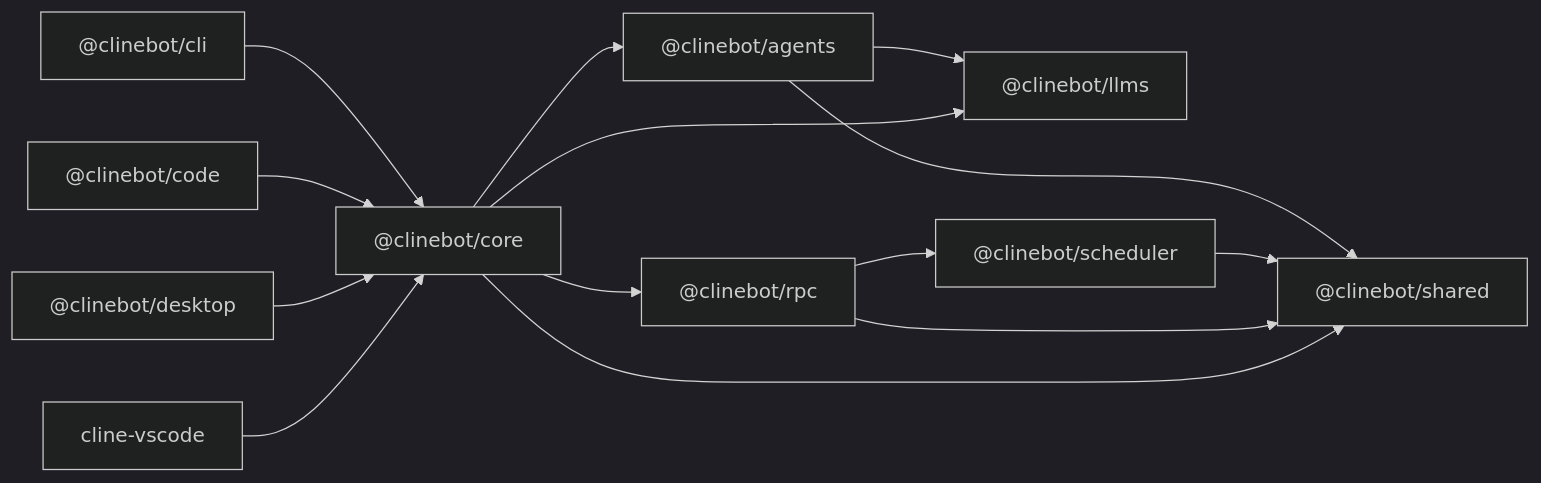
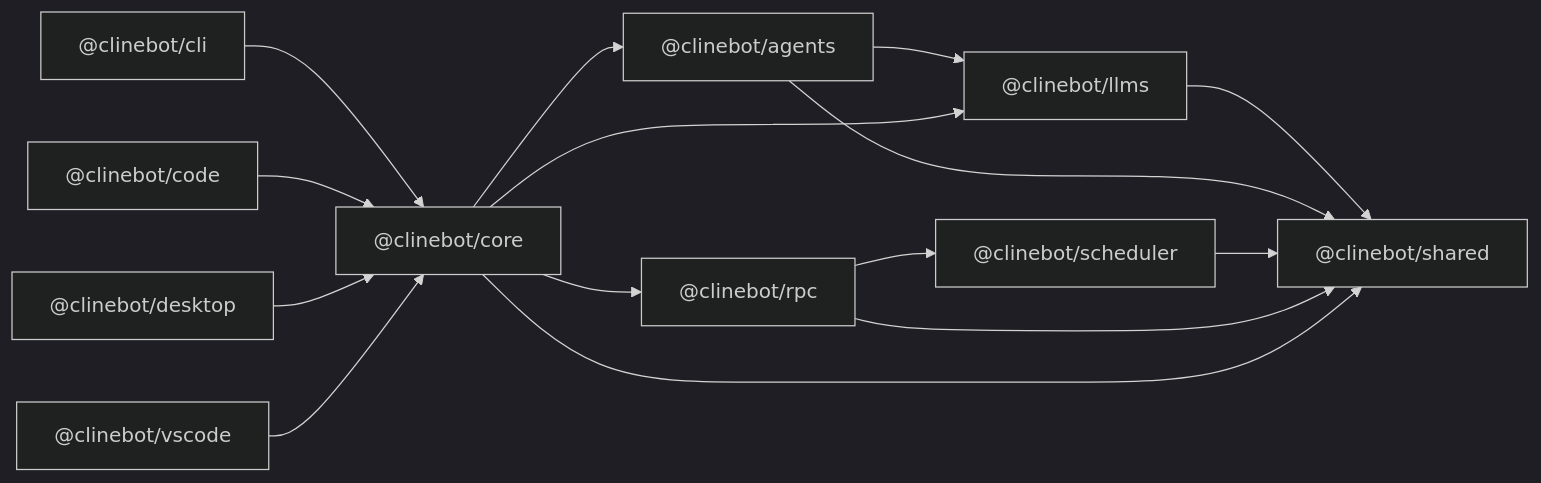
The first of 3 diagrams in sdk/ARCHITECTURE.md (Dastan-Prince/cline-cn), drawn with Mermaid (dark theme) before and after one commit. The commit also changed other lines of this file and 33 other files, not shown here.

````diff
--- a/sdk/ARCHITECTURE.md
+++ b/sdk/ARCHITECTURE.md
@@ -27,27 +28,28 @@
 ```mermaid
 flowchart LR
   shared["@clinebot/shared"]
   llms["@clinebot/llms"]
   scheduler["@clinebot/scheduler"]
   agents["@clinebot/agents"]
   rpc["@clinebot/rpc"]
   core["@clinebot/core"]
   cli["@clinebot/cli"]
   code["@clinebot/code"]
   desktop["@clinebot/desktop"]
-  vscode["cline-vscode"]
+  vscode["@clinebot/vscode"]
 
+  llms --> shared
   agents --> llms
   agents --> shared
   scheduler --> shared
   rpc --> scheduler
   rpc --> shared
   core --> agents
   core --> llms
   core --> rpc
   core --> shared
   cli --> core
   code --> core
   desktop --> core
   vscode --> core
 ```
````
